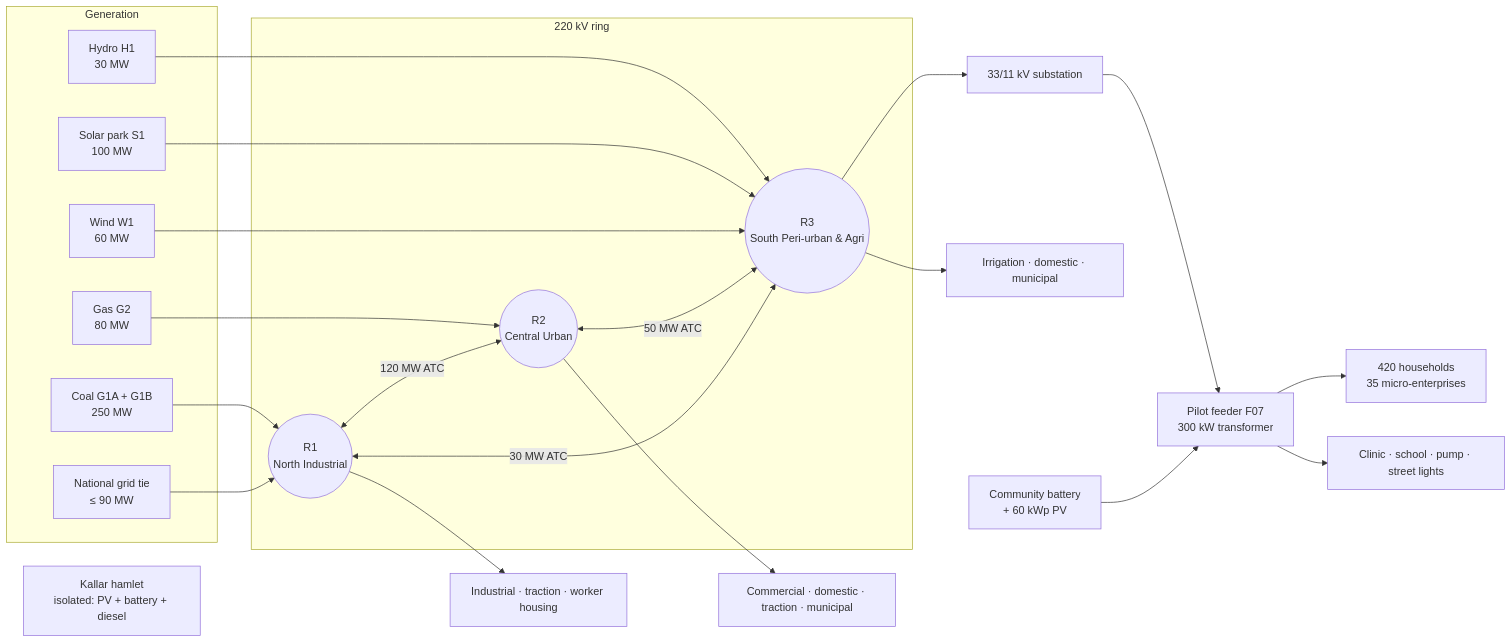
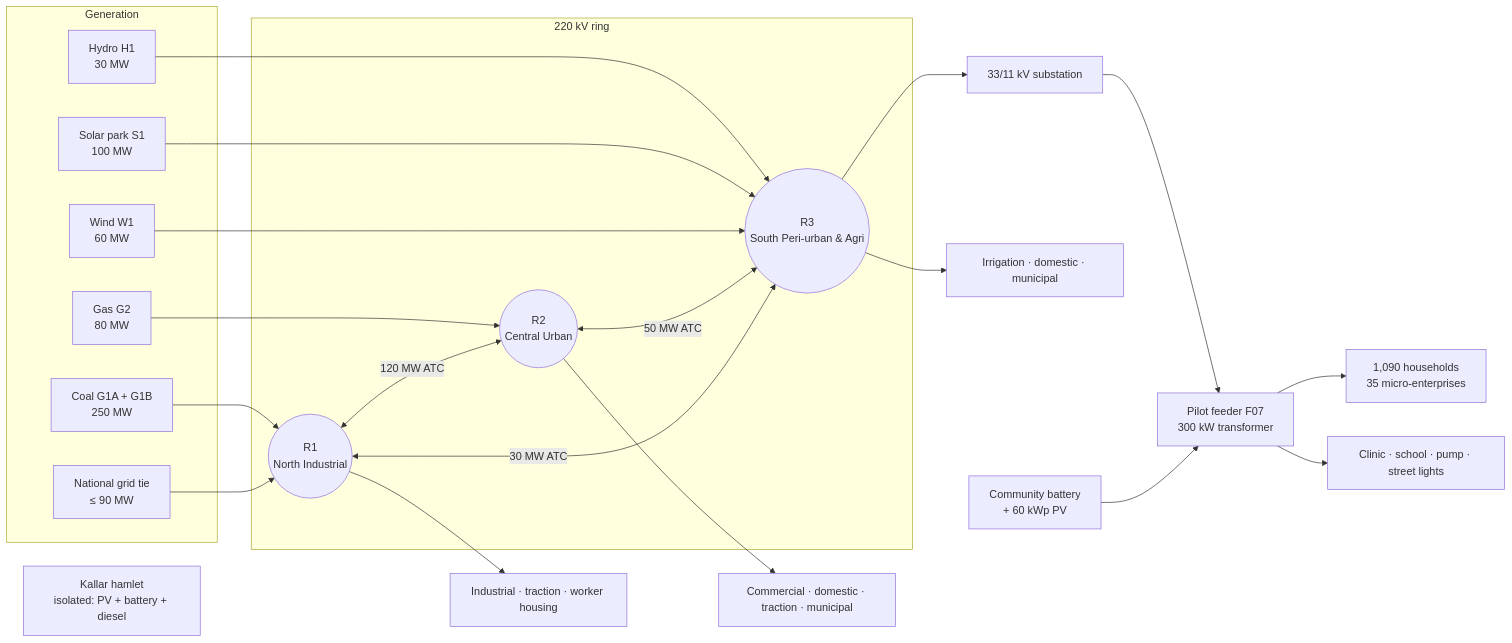
One commit to HUNT-001/GridSetu changed the second of 8 diagrams in README.md. Above: the diagram before and after it, drawn with Mermaid. The commit also changed other lines of this file and 60 other files, not shown here.

````diff
--- a/README.md
+++ b/README.md
@@ -236,38 +236,38 @@
 ```mermaid
 flowchart LR
     subgraph Generation
         G1["Coal G1A + G1B<br/>250 MW"]
         G2["Gas G2<br/>80 MW"]
         H1["Hydro H1<br/>30 MW"]
         S1["Solar park S1<br/>100 MW"]
         W1["Wind W1<br/>60 MW"]
         NAT["National grid tie<br/>≤ 90 MW"]
     end
 
     subgraph Transmission["220 kV ring"]
         R1(("R1<br/>North Industrial"))
         R2(("R2<br/>Central Urban"))
         R3(("R3<br/>South Peri-urban & Agri"))
     end
 
     G1 --> R1
     NAT --> R1
     G2 --> R2
     H1 --> R3
     S1 --> R3
     W1 --> R3
     R1 <-- "120 MW ATC" --> R2
     R2 <-- "50 MW ATC" --> R3
     R1 <-- "30 MW ATC" --> R3
 
     R1 --> C1["Industrial · traction · worker housing"]
     R2 --> C2["Commercial · domestic · traction · municipal"]
     R3 --> SUB["33/11 kV substation"]
     R3 --> C3["Irrigation · domestic · municipal"]
     SUB --> F07["Pilot feeder F07<br/>300 kW transformer"]
-    F07 --> HH["420 households<br/>35 micro-enterprises"]
+    F07 --> HH["1,090 households<br/>35 micro-enterprises"]
     F07 --> T1["Clinic · school · pump · street lights"]
     BAT["Community battery<br/>+ 60 kWp PV"] --> F07
 
     ISL["Kallar hamlet<br/>isolated: PV + battery + diesel"]
 ```
````
